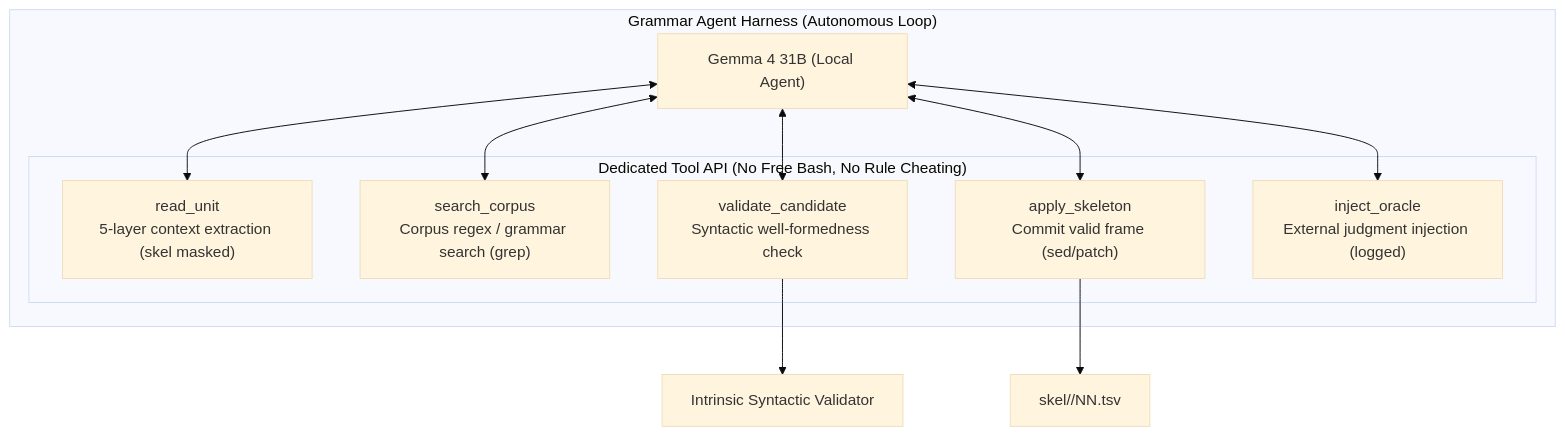
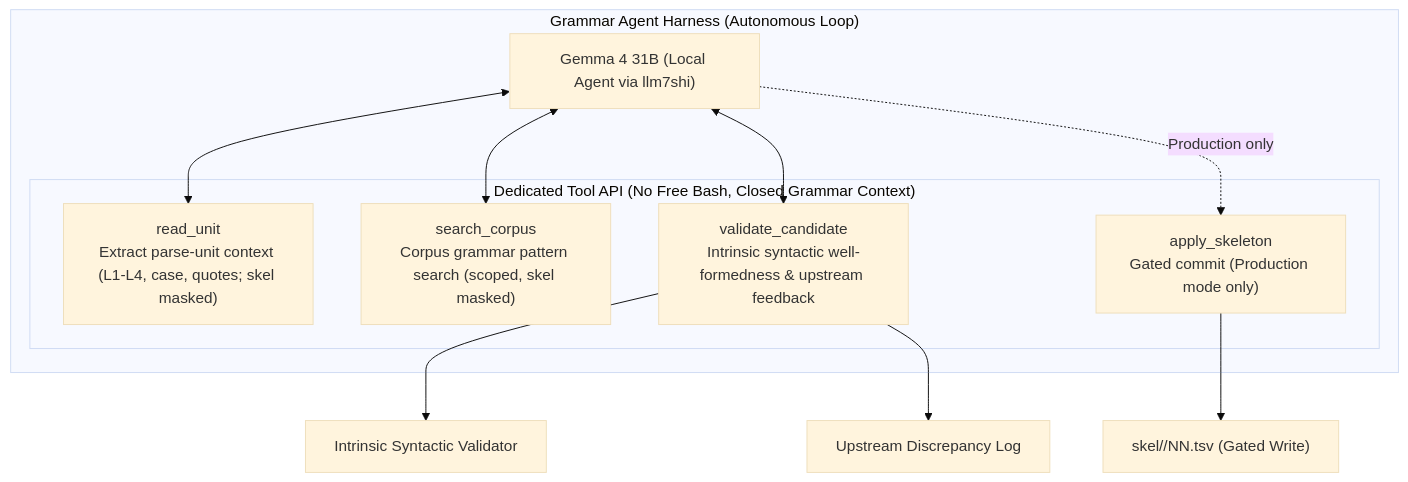
Before and after one commit to 7shi/dante-corpus: the second of 2 diagrams in skel/PLAN.md, drawn with Mermaid (base theme). The commit also changed other lines of this file and 2 other files, not shown here.

First line of the commit message:
docs(skel): reconcile Phase 9 specifications and Layer 4 contracts

````diff
--- a/skel/PLAN.md
+++ b/skel/PLAN.md
@@ -88,23 +97,22 @@
 ```mermaid
 graph TD
     subgraph "Grammar Agent Harness (Autonomous Loop)"
-        LLM["Gemma 4 31B (Local Agent)"]
+        LLM["Gemma 4 31B (Local Agent via llm7shi)"]
         
-        subgraph "Dedicated Tool API (No Free Bash, No Rule Cheating)"
-            T_Read["read_unit<br/>5-layer context extraction (skel masked)"]
-            T_Search["search_corpus<br/>Corpus regex / grammar search (grep)"]
-            T_Val["validate_candidate<br/>Syntactic well-formedness check"]
-            T_Apply["apply_skeleton<br/>Commit valid frame (sed/patch)"]
-            T_Oracle["inject_oracle<br/>External judgment injection (logged)"]
+        subgraph "Dedicated Tool API (No Free Bash, Closed Grammar Context)"
+            T_Read["read_unit<br/>Extract parse-unit context (L1-L4, case, quotes; skel masked)"]
+            T_Search["search_corpus<br/>Corpus grammar pattern search (scoped, skel masked)"]
+            T_Val["validate_candidate<br/>Intrinsic syntactic well-formedness & upstream feedback"]
+            T_Apply["apply_skeleton<br/>Gated commit (Production mode only)"]
         end
         
         LLM <--> T_Read
         LLM <--> T_Search
         LLM <--> T_Val
-        LLM <--> T_Apply
-        LLM <--> T_Oracle
+        LLM -.->|Production only| T_Apply
     end
     
-    T_Val --> Engine["Intrinsic Syntactic Validator"]
-    T_Apply --> Storage["skel/<canticle>/NN.tsv"]
+    T_Val --> ValEngine["Intrinsic Syntactic Validator"]
+    T_Val --> UpstreamLog["Upstream Discrepancy Log"]
+    T_Apply --> Storage["skel/<canticle>/NN.tsv (Gated Write)"]
 ```
````
